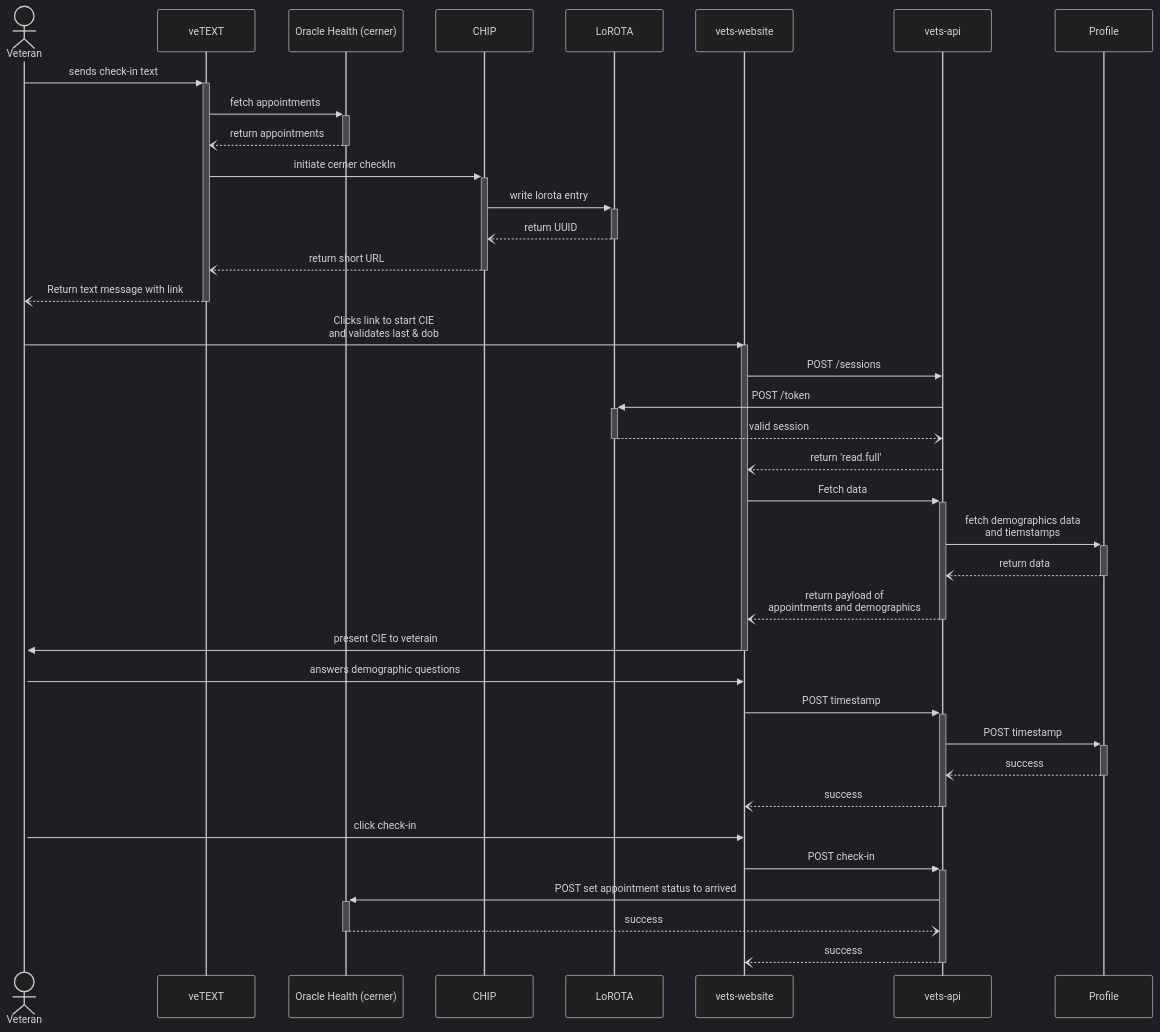
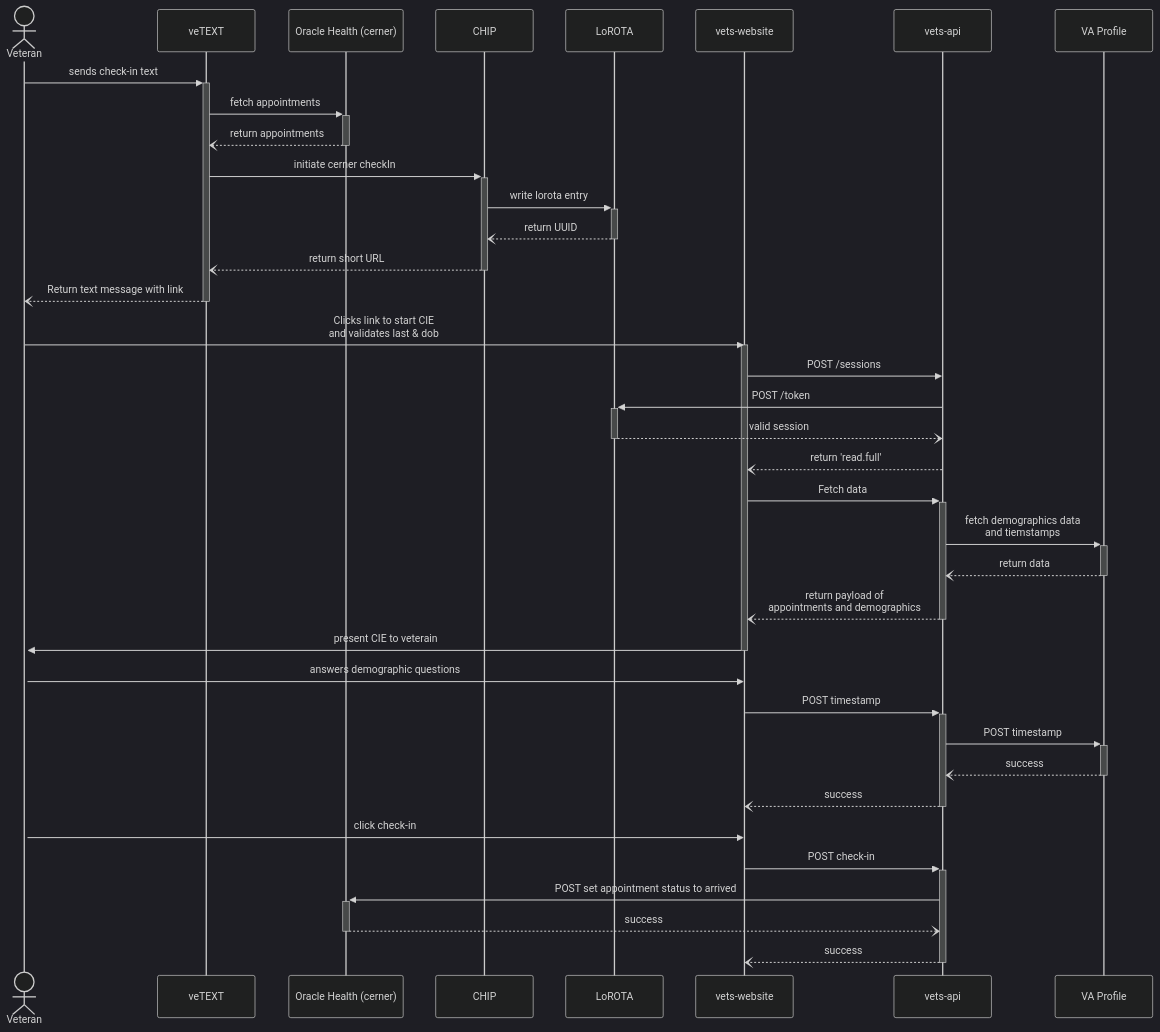
One commit to department-of-veterans-affairs/va.gov-team changed the diagram in products/health-care/checkin/engineering/oracle-health-cerner-integration.md. Above: the diagram before and after it, drawn with Mermaid (dark theme). The commit also changed other lines of this file, not shown here.

````diff
--- a/products/health-care/checkin/engineering/oracle-health-cerner-integration.md
+++ b/products/health-care/checkin/engineering/oracle-health-cerner-integration.md
@@ -14,43 +14,41 @@
 ```mermaid
 sequenceDiagram
     actor vet as Veteran
     participant ve as veTEXT
     participant ce as Oracle Health (cerner)
     participant ch as CHIP
     participant l as LoROTA
     participant web as vets-website
     participant api as vets-api
-
-
-    participant po as Profile
+    participant po as VA Profile
         vet->>+ve: sends check-in text
         ve->>+ce: fetch appointments 
         ce--)-ve: return appointments
         ve->>+ch: initiate cerner checkIn
         ch->>+l: write lorota entry
         l--)-ch: return UUID
         ch--)-ve: return short URL
         ve--)-vet: Return text message with link
         vet->>web: Clicks link to start CIE <br> and validates last & dob
         activate web
         web->>api: POST /sessions
         api->>+l: POST /token
         l--)-api: valid session
         api--)web: return 'read.full'
         web->>+api: Fetch data
         api->>+po: fetch demographics data <br> and tiemstamps
         po--)-api: return data
         api--)-web: return payload of <br> appointments and demographics
         web->>+vet: present CIE to veterain
         deactivate web
         vet->>web: answers demographic questions
         web->>+api: POST timestamp
         api->>+po: POST timestamp
         po--)-api: success
         api--)-web: success
         vet->>web: click check-in
         web->>+api: POST check-in
         api->>+ce: POST set appointment status to arrived
         ce--)-api: success
         api--)-web: success
 ```
````
